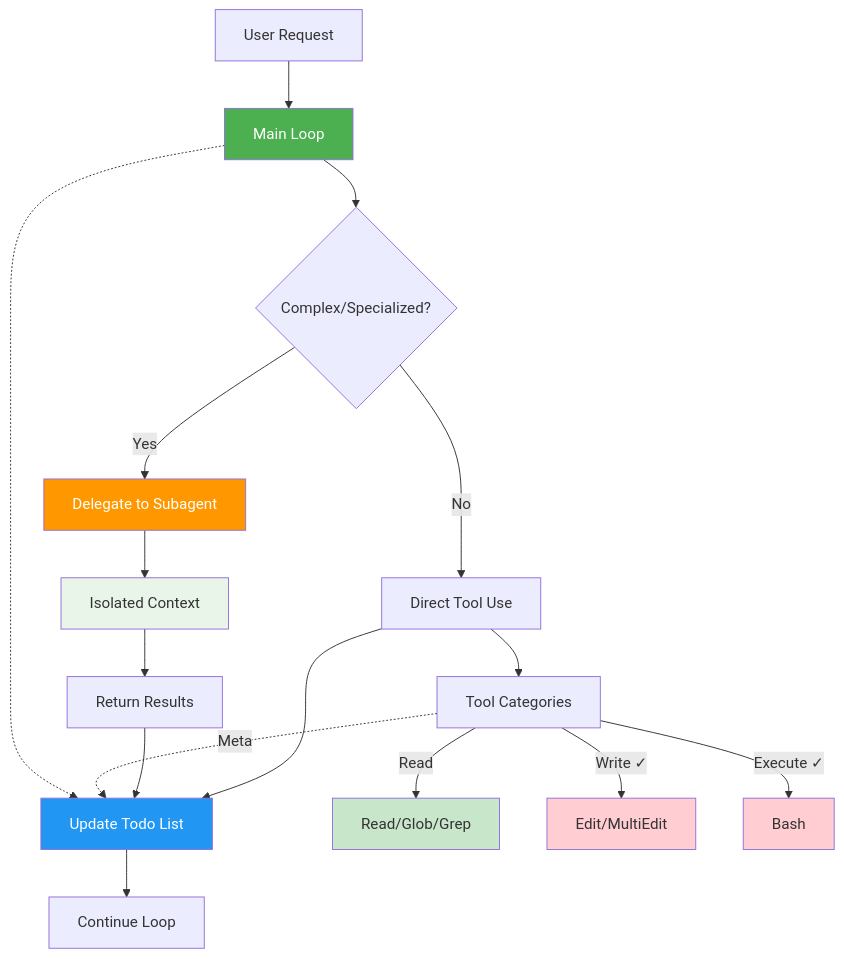
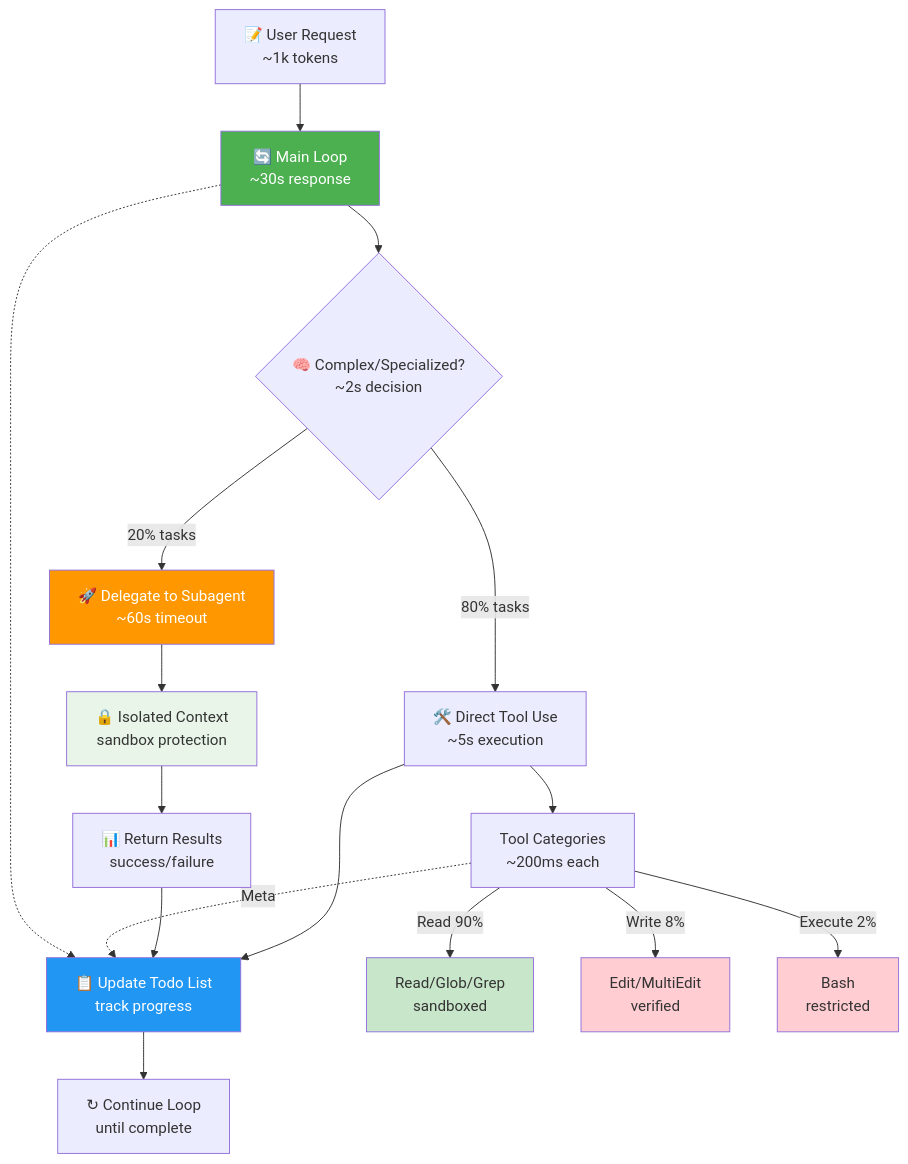
The third of 4 diagrams in talk.md (mldangelo/eairg-coding-agent-talk), drawn with Mermaid before and after one commit. The commit also changed other lines of this file and 4 other files, not shown here.

````diff
--- a/talk.md
+++ b/talk.md
@@ -416,28 +624,28 @@
 ```mermaid
 graph TD
-    A[User Request] --> B[Main Loop]
-    B --> C{Complex/Specialized?}
-    C -->|No| D[Direct Tool Use]
-    C -->|Yes| E[Delegate to Subagent]
-    E --> F[Isolated Context]
-    F --> G[Return Results]
-    D --> H[Update Todo List]
+    A["📝 User Request<br/>~1k tokens"] --> B["🔄 Main Loop<br/>~30s response"]
+    B --> C{"🧠 Complex/Specialized?<br/>~2s decision"}
+    C -->|"80% tasks"| D["🛠️ Direct Tool Use<br/>~5s execution"]
+    C -->|"20% tasks"| E["🚀 Delegate to Subagent<br/>~60s timeout"]
+    E --> F["🔒 Isolated Context<br/>sandbox protection"]
+    F --> G["📊 Return Results<br/>success/failure"]
+    D --> H["📋 Update Todo List<br/>track progress"]
     G --> H
-    H --> I[Continue Loop]
+    H --> I["↻ Continue Loop<br/>until complete"]
 
-    D --> J[Tool Categories]
+    D --> J["Tool Categories<br/>~200ms each"]
     J -.->|Meta| H
-    J -->|Read| K[Read/Glob/Grep]
-    J -->|Write ✓| L[Edit/MultiEdit]
-    J -->|Execute ✓| M[Bash]
+    J -->|"Read 90%"| K["Read/Glob/Grep<br/>sandboxed"]
+    J -->|"Write 8%"| L["Edit/MultiEdit<br/>verified"]
+    J -->|"Execute 2%"| M["Bash<br/>restricted"]
 
     B -.-> H
 
     style B fill:#4caf50,color:#fff
     style E fill:#ff9800,color:#fff
     style F fill:#e8f5e8
     style H fill:#2196f3,color:#fff
     style K fill:#c8e6c9
     style L fill:#ffcdd2
     style M fill:#ffcdd2
 ```
````
